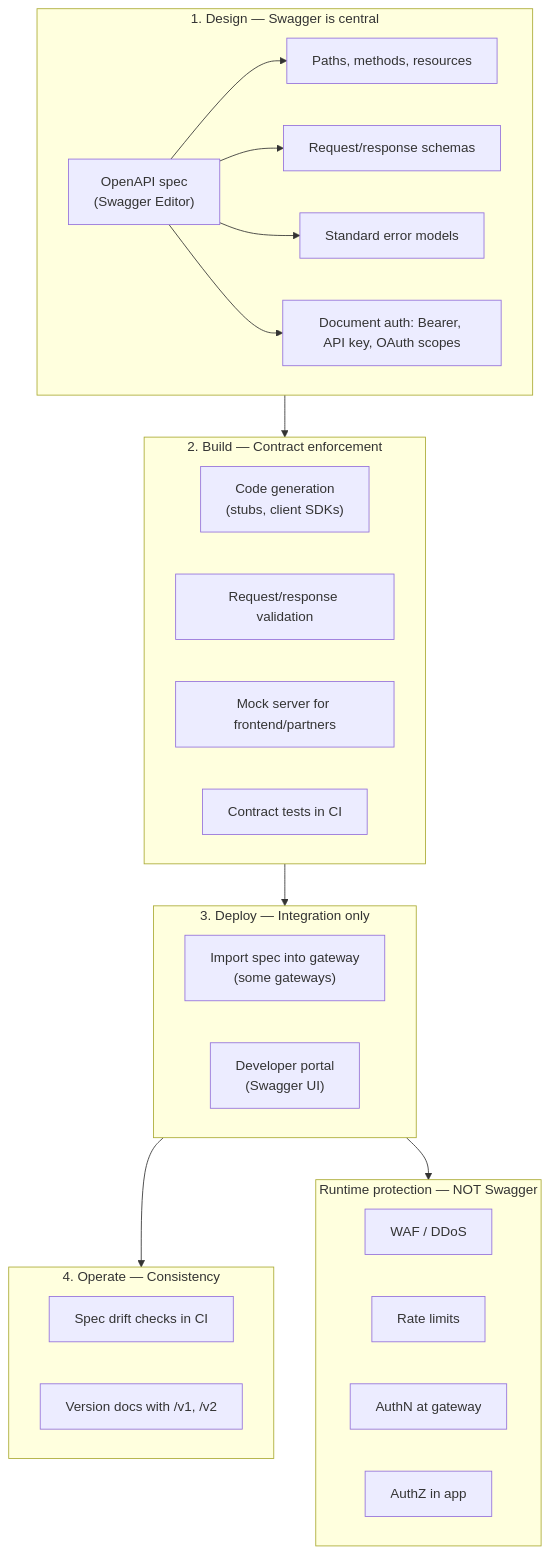
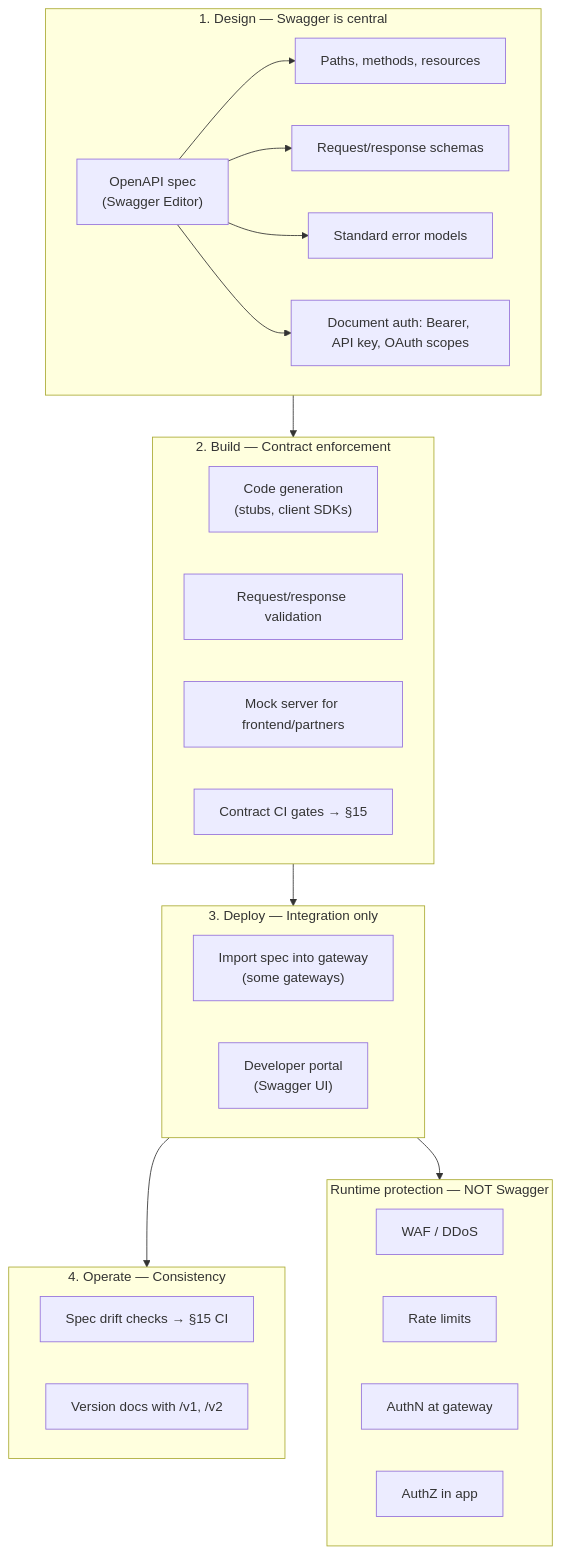
The diagram in api-design-and-protection/includes/07-openapi-swagger.md (steve-duong1991/documents), drawn with Mermaid before and after one commit. The commit also changed other lines of this file and 5 other files, not shown here.

````diff
--- a/api-design-and-protection/includes/07-openapi-swagger.md
+++ b/api-design-and-protection/includes/07-openapi-swagger.md
@@ -13,37 +15,37 @@
 ```mermaid
 flowchart TB
     subgraph Design["1. Design — Swagger is central"]
         OAS["OpenAPI spec<br/>(Swagger Editor)"]
         OAS --> Resources["Paths, methods, resources"]
         OAS --> Schemas["Request/response schemas"]
         OAS --> Errors["Standard error models"]
         OAS --> AuthDoc["Document auth: Bearer, API key, OAuth scopes"]
     end
 
     subgraph Build["2. Build — Contract enforcement"]
         Gen["Code generation<br/>(stubs, client SDKs)"]
         Validate["Request/response validation"]
         Mock["Mock server for frontend/partners"]
-        Tests["Contract tests in CI"]
+        CI["Contract CI gates → §15"]
     end
 
     subgraph Deploy["3. Deploy — Integration only"]
         GWImport["Import spec into gateway<br/>(some gateways)"]
         Portal["Developer portal<br/>(Swagger UI)"]
     end
 
     subgraph Operate["4. Operate — Consistency"]
-        Sync["Spec drift checks in CI"]
+        Sync["Spec drift checks → §15 CI"]
         Version["Version docs with /v1, /v2"]
     end
 
     subgraph Runtime["Runtime protection — NOT Swagger"]
         WAF["WAF / DDoS"]
         RL["Rate limits"]
         AuthN["AuthN at gateway"]
         AuthZ["AuthZ in app"]
     end
 
     Design --> Build --> Deploy --> Operate
     Deploy --> Runtime
 ```
````
